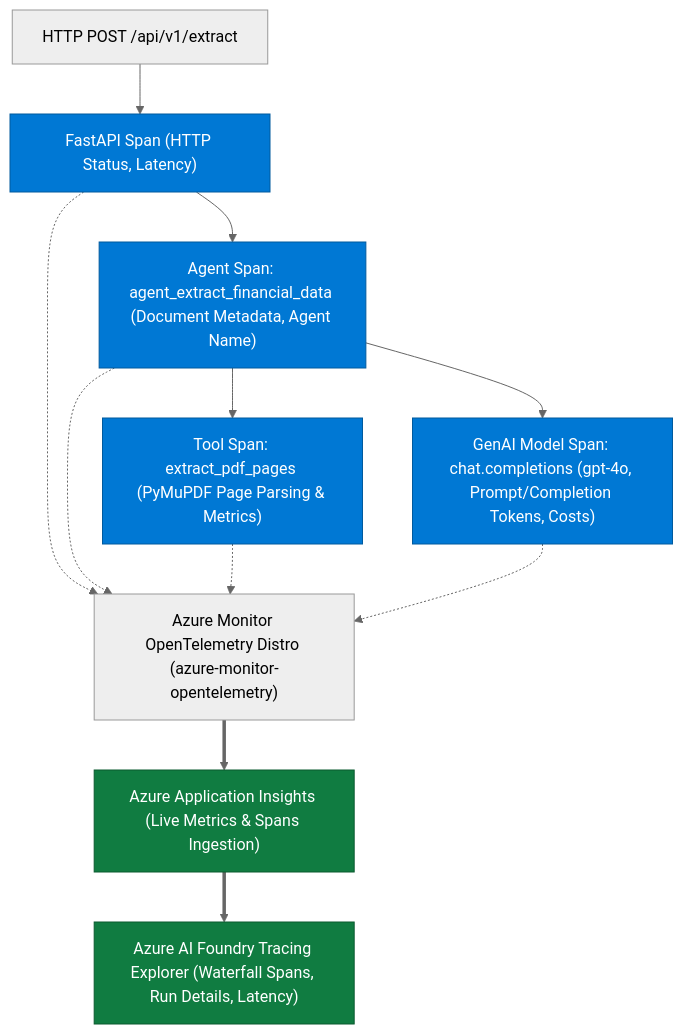
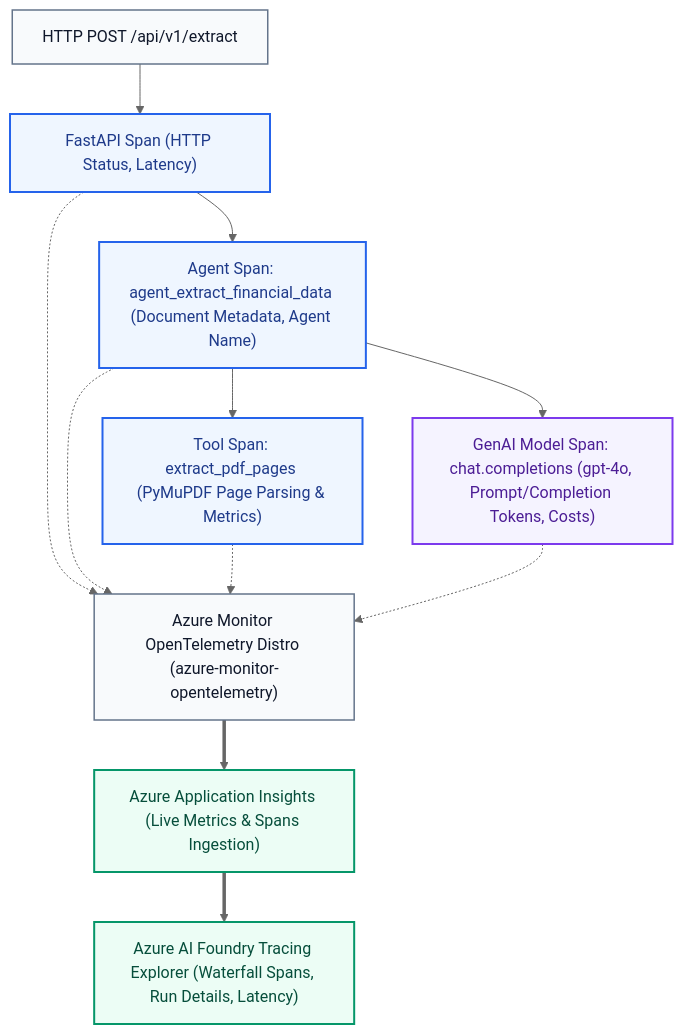
The third of 5 diagrams in docs/ARCHITECTURE.md (crman/fin-extractor-agent), drawn with Mermaid (neutral theme) before and after one commit. The commit also changed other lines of this file and 15 other files, not shown here.

````diff
--- a/docs/ARCHITECTURE.md
+++ b/docs/ARCHITECTURE.md
@@ -276,20 +318,25 @@
 ```mermaid
 flowchart TD
     Req["HTTP POST /api/v1/extract"] --> FSpan["FastAPI Span (HTTP Status, Latency)"]
     FSpan --> ASpan["Agent Span: agent_extract_financial_data (Document Metadata, Agent Name)"]
     ASpan --> TSpan["Tool Span: extract_pdf_pages (PyMuPDF Page Parsing & Metrics)"]
     ASpan --> LSpan["GenAI Model Span: chat.completions (gpt-4o, Prompt/Completion Tokens, Costs)"]
     
     FSpan -.-> Exporter["Azure Monitor OpenTelemetry Distro (azure-monitor-opentelemetry)"]
     ASpan -.-> Exporter
     TSpan -.-> Exporter
     LSpan -.-> Exporter
     
     Exporter ==> AppInsights["Azure Application Insights (Live Metrics & Spans Ingestion)"]
     AppInsights ==> FoundryUI["Azure AI Foundry Tracing Explorer (Waterfall Spans, Run Details, Latency)"]
 
-    classDef span fill:#0078D4,stroke:#005A9E,color:#ffffff,stroke-width:1px;
-    classDef dest fill:#107C41,stroke:#0B5A2F,color:#ffffff,stroke-width:1px;
-    class FSpan,ASpan,TSpan,LSpan span;
-    class AppInsights,FoundryUI dest;
+    classDef default fill:#f8fafc,stroke:#64748b,stroke-width:1.5px,color:#0f172a;
+    classDef accent fill:#eff6ff,stroke:#2563eb,stroke-width:2px,color:#1e3a8a;
+    classDef cloud fill:#f5f3ff,stroke:#7c3aed,stroke-width:2px,color:#4c1d95;
+    classDef result fill:#ecfdf5,stroke:#059669,stroke-width:2px,color:#064e3b;
+
+    class Req,Exporter default;
+    class FSpan,ASpan,TSpan accent;
+    class LSpan cloud;
+    class AppInsights,FoundryUI result;
 ```
````
